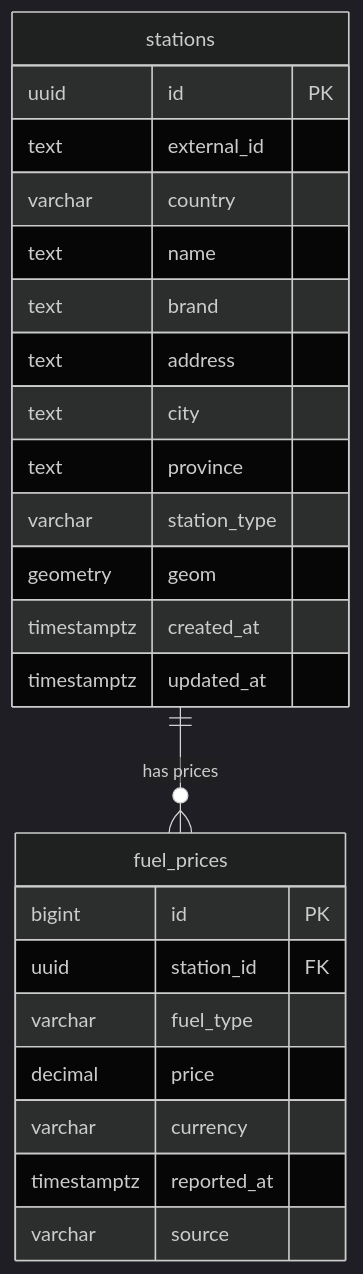
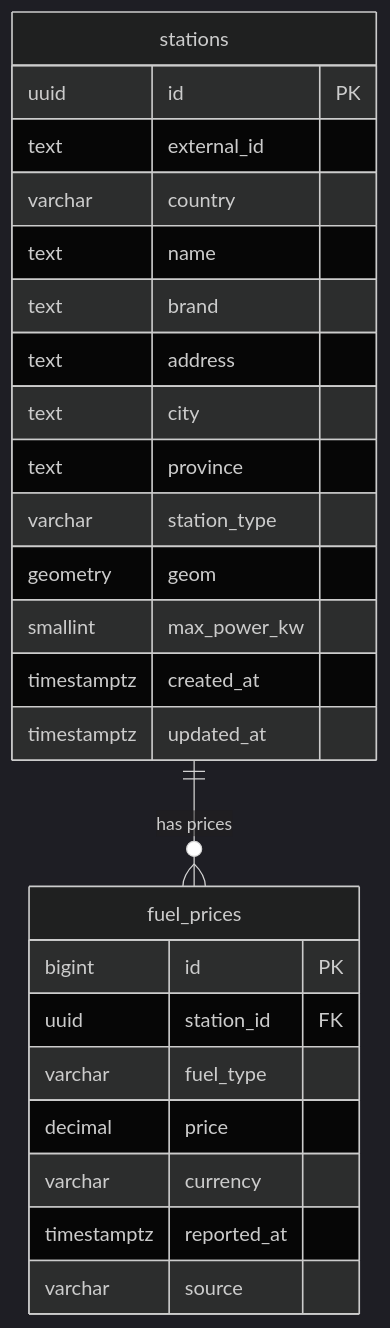
The diagram in docs/reference/data-model.md (GeiserX/Pumperly), drawn with Mermaid (dark theme) before and after one commit. The commit also changed other lines of this file and 33 other files, not shown here.

````diff
--- a/docs/reference/data-model.md
+++ b/docs/reference/data-model.md
@@ -10,27 +10,28 @@
 ```mermaid
 erDiagram
     stations ||--o{ fuel_prices : "has prices"
     stations {
         uuid id PK
         text external_id
         varchar country
         text name
         text brand
         text address
         text city
         text province
         varchar station_type
         geometry geom
+        smallint max_power_kw
         timestamptz created_at
         timestamptz updated_at
     }
     fuel_prices {
         bigint id PK
         uuid station_id FK
         varchar fuel_type
         decimal price
         varchar currency
         timestamptz reported_at
         varchar source
     }
 ```
````
